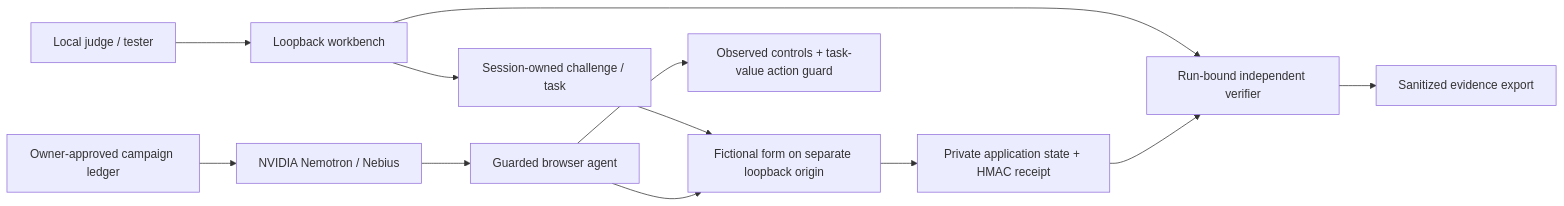
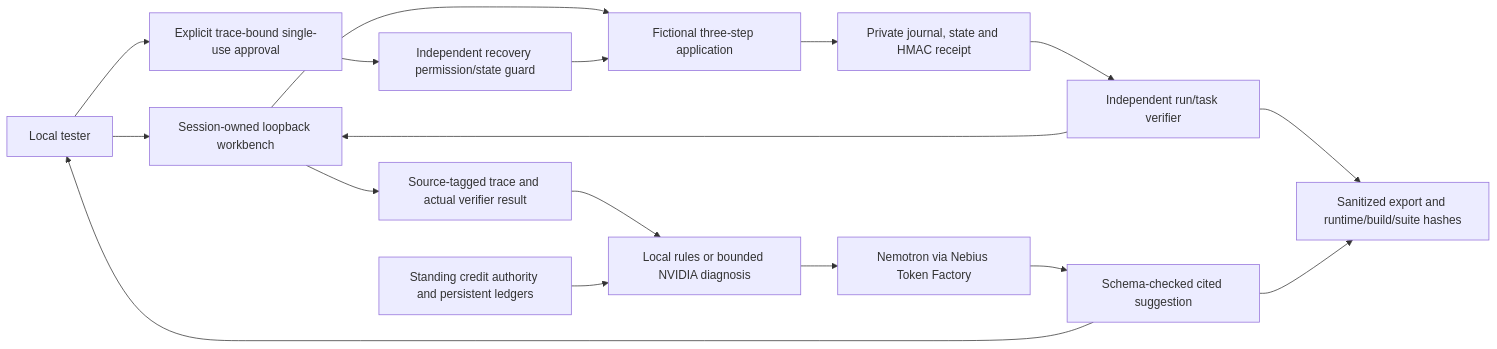
The diagram in docs/release/architecture.md (Pavithran-R-A/neb-hackath), drawn with Mermaid before and after one commit. The commit also changed other lines of this file and 13 other files, not shown here.

Commit message:
fix: clarify workflow progress semantics and persist live diagnosis evidence

````diff
--- a/docs/release/architecture.md
+++ b/docs/release/architecture.md
@@ -3,14 +3,19 @@
-~~~mermaid
+```mermaid
 flowchart LR
-  U[Local judge / tester] --> W[Loopback workbench]
-  W --> S[Session-owned challenge / task]
-  S --> F[Fictional form on separate loopback origin]
-  F --> R[Private application state + HMAC receipt]
-  W --> V[Run-bound independent verifier]
-  R --> V
-  V --> E[Sanitized evidence export]
-  A[Guarded browser agent] --> F
-  A --> G[Observed controls + task-value action guard]
-  C[Owner-approved campaign ledger] --> N[NVIDIA Nemotron / Nebius]
-  N --> A
-~~~
+ U[Local tester] --> W[Session-owned loopback workbench]
+ W --> F[Fictional three-step application]
+ F --> R[Private journal, state and HMAC receipt]
+ R --> V[Independent run/task verifier]
+ V --> W
+ W --> T[Source-tagged trace and actual verifier result]
+ T --> D[Local rules or bounded NVIDIA diagnosis]
+ C[Standing credit authority and persistent ledgers] --> D
+ D --> N[Nemotron via Nebius Token Factory]
+ N --> S[Schema-checked cited suggestion]
+ S --> U
+ U --> A[Explicit trace-bound single-use approval]
+ A --> G[Independent recovery permission/state guard]
+ G --> F
+ V --> E[Sanitized export and runtime/build/suite hashes]
+ S --> E
+```
````
